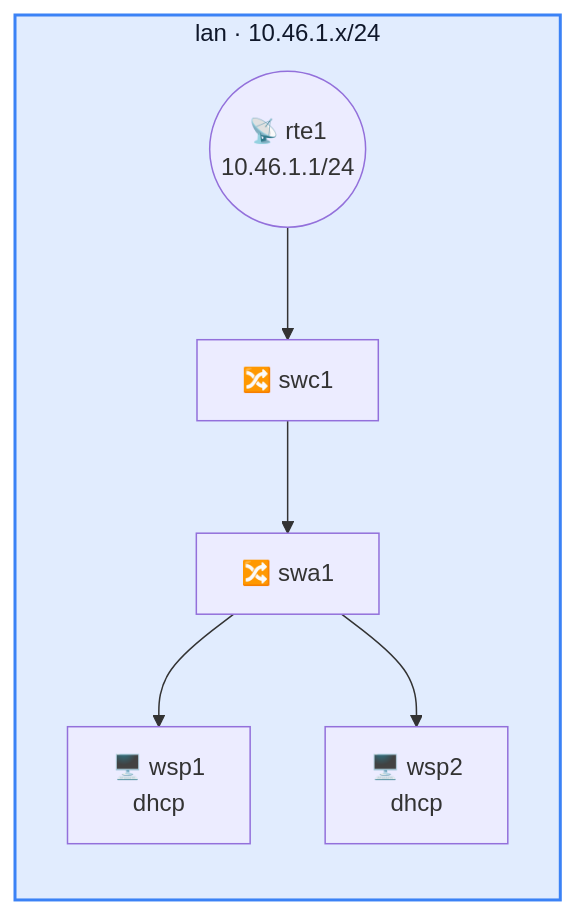
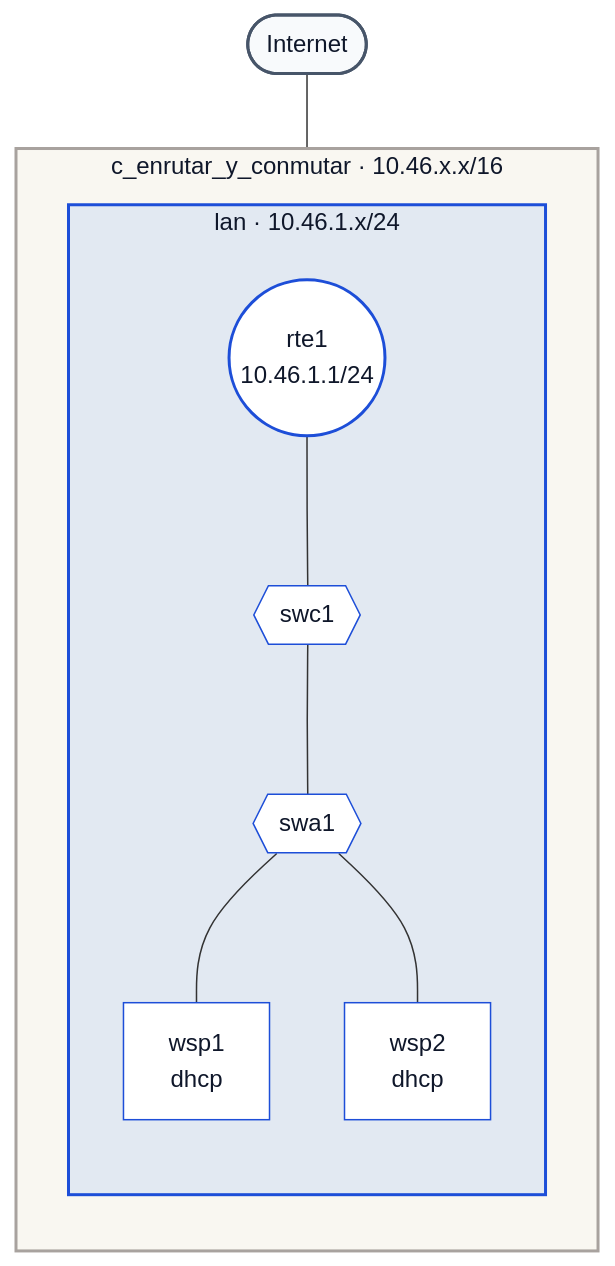
Before and after one commit to MagicJF/NetLabs: the first of 2 diagrams in labs/c_enrutar_y_conmutar/c_enrutar_y_conmutar.md, drawn with Mermaid. The commit also changed other lines of this file and 4 other files, not shown here.

````diff
--- a/labs/c_enrutar_y_conmutar/c_enrutar_y_conmutar.md
+++ b/labs/c_enrutar_y_conmutar/c_enrutar_y_conmutar.md
@@ -13,17 +13,33 @@
 ```mermaid
 flowchart TB
-    classDef red0 fill:#3b82f6,fill-opacity:0.15,stroke:#3b82f6,stroke-width:2px,color:#0f172a
-    subgraph red0["lan · 10.46.1.x/24"]
+    classDef contorno fill:#f5f0e6,fill-opacity:0.55,stroke:#a8a29e,stroke-width:2px,color:#0f172a
+    classDef red fill:#3b82f6,fill-opacity:0.12,stroke:#1d4ed8,stroke-width:2px,color:#0f172a
+    classDef equipo fill:#ffffff,stroke:#1d4ed8,stroke-width:1px,color:#0f172a
+    classDef puerta fill:#ffffff,stroke:#1d4ed8,stroke-width:2px,color:#0f172a
+    classDef internet fill:#f8fafc,stroke:#475569,stroke-width:2px,color:#0f172a
+    internet(["Internet"])
+    class internet internet
+    subgraph contorno["c_enrutar_y_conmutar · 10.46.x.x/16"]
         direction TB
-        n_rte1(("📡 rte1<br/>10.46.1.1/24"))
-        n_swc1["🔀 swc1"]
-        n_swa1["🔀 swa1"]
-        n_wsp1["🖥️ wsp1<br/>dhcp"]
-        n_wsp2["🖥️ wsp2<br/>dhcp"]
+        subgraph red0["lan · 10.46.1.x/24"]
+            direction TB
+            n_rte1(("rte1<br/>10.46.1.1/24"))
+            class n_rte1 puerta
+            n_swc1{{"swc1"}}
+            class n_swc1 equipo
+            n_swa1{{"swa1"}}
+            class n_swa1 equipo
+            n_wsp1["wsp1<br/>dhcp"]
+            class n_wsp1 equipo
+            n_wsp2["wsp2<br/>dhcp"]
+            class n_wsp2 equipo
+        end
+        class red0 red
     end
-    class red0 red0
-    n_rte1 --> n_swc1
-    n_swc1 --> n_swa1
-    n_swa1 --> n_wsp1
-    n_swa1 --> n_wsp2
+    class contorno contorno
+    internet --- n_rte1
+    n_rte1 --- n_swc1
+    n_swc1 --- n_swa1
+    n_swa1 --- n_wsp1
+    n_swa1 --- n_wsp2
 ```
````
